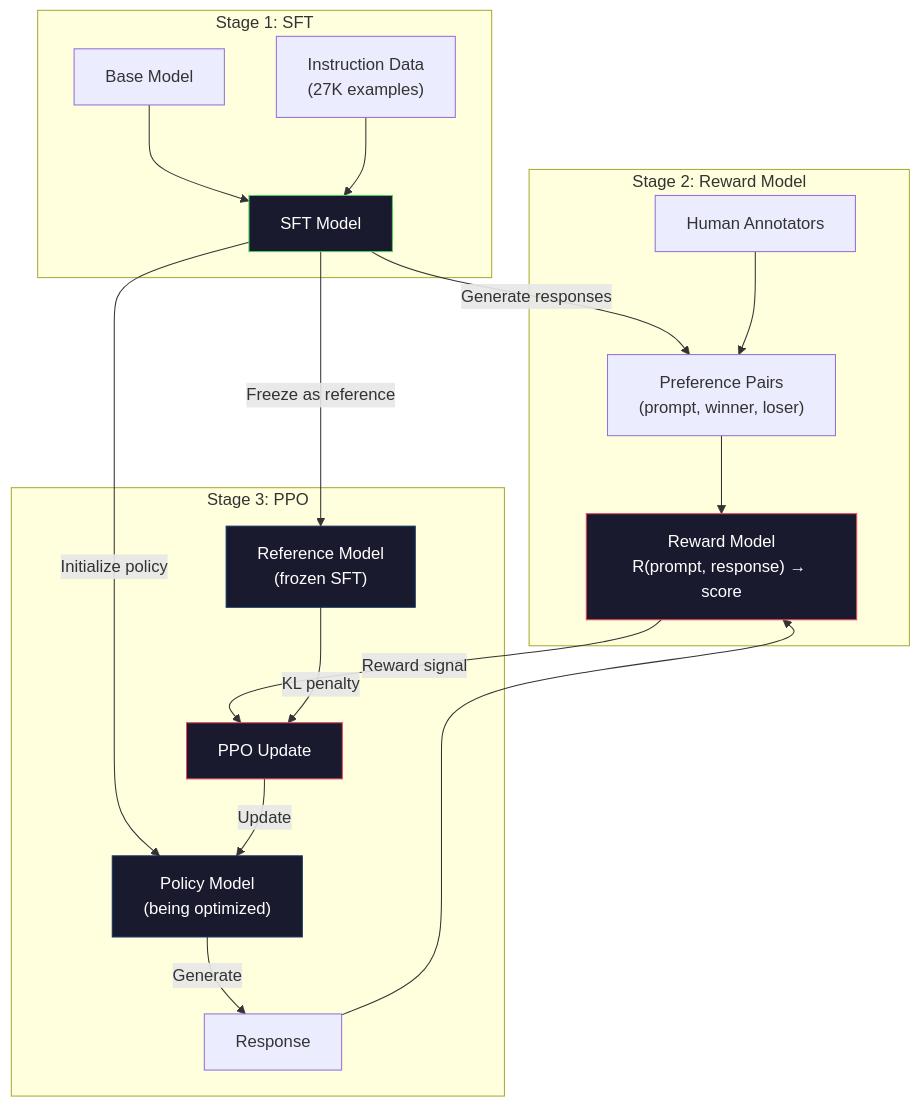
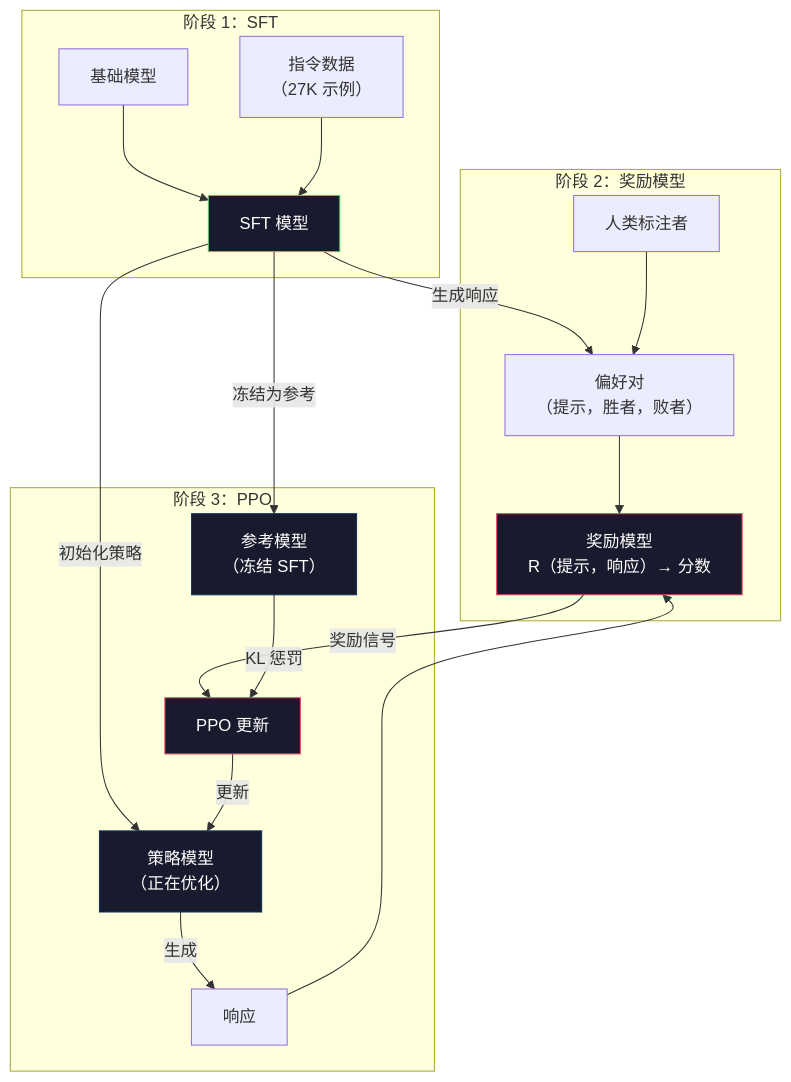
Before and after one commit to guangningsun/ailearning: the first of 2 diagrams in lessons/10-llms-from-scratch/07-rlhf/docs/zh.md, drawn with Mermaid. The commit also changed other lines of this file and 24 other files, not shown here.

````diff
--- a/lessons/10-llms-from-scratch/07-rlhf/docs/zh.md
+++ b/lessons/10-llms-from-scratch/07-rlhf/docs/zh.md
@@ -43,29 +43,29 @@
 ```mermaid
 graph TD
-    subgraph Stage1["Stage 1: SFT"]
-        B["Base Model"] --> S["SFT Model"]
-        D["Instruction Data\n(27K examples)"] --> S
+    subgraph Stage1["阶段 1：SFT"]
+        B["基础模型"] --> S["SFT 模型"]
+        D["指令数据\n（27K 示例）"] --> S
     end
 
-    subgraph Stage2["Stage 2: Reward Model"]
-        S --> |"Generate responses"| P["Preference Pairs\n(prompt, winner, loser)"]
-        H["Human Annotators"] --> P
-        P --> R["Reward Model\nR(prompt, response) → score"]
+    subgraph Stage2["阶段 2：奖励模型"]
+        S --> |"生成响应"| P["偏好对\n（提示，胜者，败者）"]
+        H["人类标注者"] --> P
+        P --> R["奖励模型\nR（提示，响应）→ 分数"]
     end
 
-    subgraph Stage3["Stage 3: PPO"]
-        S --> |"Initialize policy"| PI["Policy Model\n(being optimized)"]
-        S --> |"Freeze as reference"| REF["Reference Model\n(frozen SFT)"]
-        PI --> |"Generate"| RESP["Response"]
+    subgraph Stage3["阶段 3：PPO"]
+        S --> |"初始化策略"| PI["策略模型\n（正在优化）"]
+        S --> |"冻结为参考"| REF["参考模型\n（冻结 SFT）"]
+        PI --> |"生成"| RESP["响应"]
         RESP --> R
-        R --> |"Reward signal"| PPO["PPO Update"]
-        REF --> |"KL penalty"| PPO
-        PPO --> |"Update"| PI
+        R --> |"奖励信号"| PPO["PPO 更新"]
+        REF --> |"KL 惩罚"| PPO
+        PPO --> |"更新"| PI
     end
 
     style S fill:#1a1a2e,stroke:#51cf66,color:#fff
     style R fill:#1a1a2e,stroke:#e94560,color:#fff
     style PI fill:#1a1a2e,stroke:#0f3460,color:#fff
     style REF fill:#1a1a2e,stroke:#0f3460,color:#fff
     style PPO fill:#1a1a2e,stroke:#e94560,color:#fff
 ```
````
